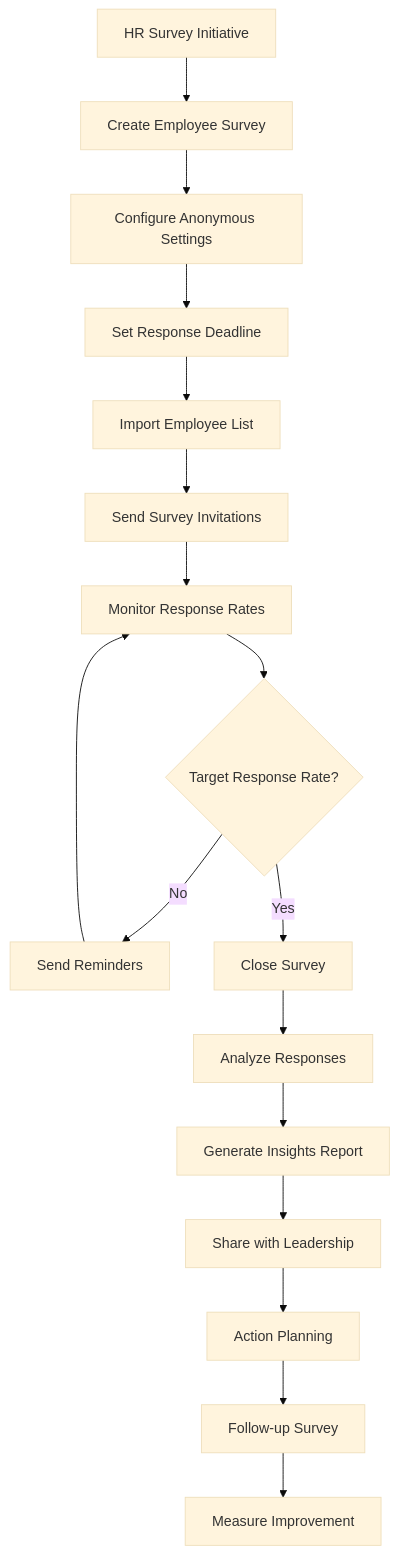
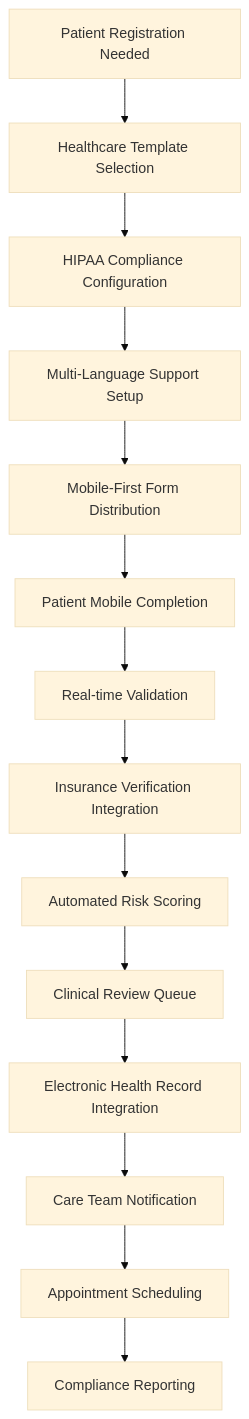
The third of 3 diagrams in Resources/BRD_DOCUMENT.md (solidrange/solidrange-form-flow), drawn with Mermaid (base theme) before and after one commit. The commit also changed other lines of this file and 6 other files, not shown here.

````diff
--- a/Resources/BRD_DOCUMENT.md
+++ b/Resources/BRD_DOCUMENT.md
@@ -386,19 +430,16 @@
 ```mermaid
 flowchart TD
-    A[HR Survey Initiative] --> B[Create Employee Survey]
-    B --> C[Configure Anonymous Settings]
-    C --> D[Set Response Deadline]
-    D --> E[Import Employee List]
-    E --> F[Send Survey Invitations]
-    F --> G[Monitor Response Rates]
-    G --> H{Target Response Rate?}
-    H -->|No| I[Send Reminders]
-    H -->|Yes| J[Close Survey]
-    I --> G
-    J --> K[Analyze Responses]
-    K --> L[Generate Insights Report]
-    L --> M[Share with Leadership]
-    M --> N[Action Planning]
-    N --> O[Follow-up Survey]
-    O --> P[Measure Improvement]
+    A[Patient Registration Needed] --> B[Healthcare Template Selection]
+    B --> C[HIPAA Compliance Configuration]
+    C --> D[Multi-Language Support Setup]
+    D --> E[Mobile-First Form Distribution]
+    E --> F[Patient Mobile Completion]
+    F --> G[Real-time Validation]
+    G --> H[Insurance Verification Integration]
+    H --> I[Automated Risk Scoring]
+    I --> J[Clinical Review Queue]
+    J --> K[Electronic Health Record Integration]
+    K --> L[Care Team Notification]
+    L --> M[Appointment Scheduling]
+    M --> N[Compliance Reporting]
 ```
````
